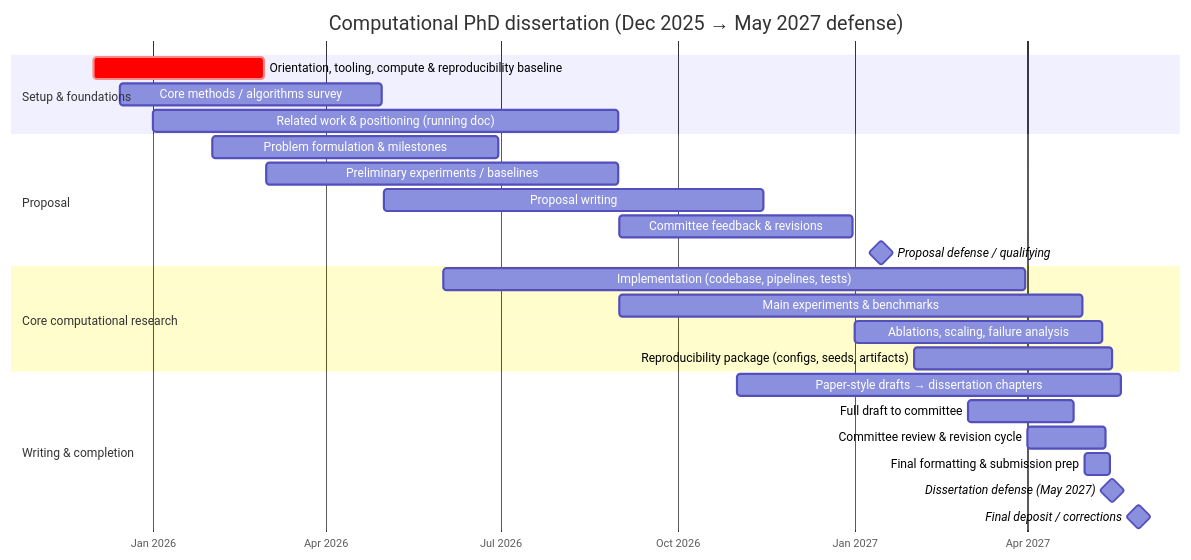
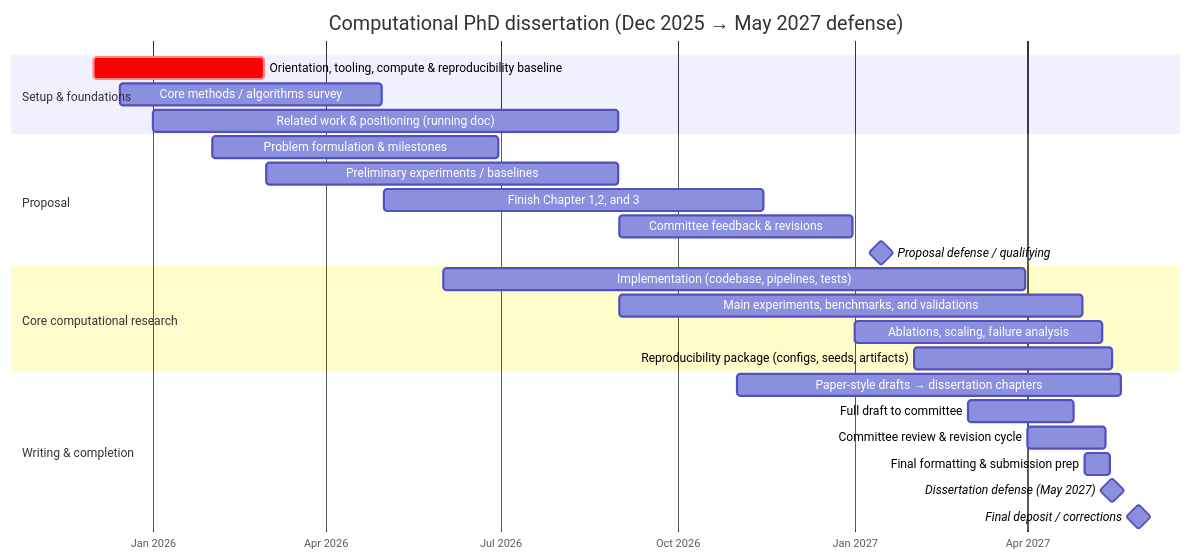
One commit to romxero/phd_research_project changed the diagram in README.md. Above: the diagram before and after it, drawn with Mermaid. The commit also changed 1 other file, not shown here.

Commit message:
makefile and readme

````diff
--- a/README.md
+++ b/README.md
@@ -23,32 +23,32 @@
 ```mermaid
 gantt
     title Computational PhD dissertation (Dec 2025 → May 2027 defense)
     dateFormat  YYYY-MM-DD
     axisFormat  %b %Y
 
     section Setup & foundations
     Orientation, tooling, compute & reproducibility baseline :crit, setup, 2025-12-01, 2026-02-28
     Core methods / algorithms survey                       :methods, 2025-12-15, 2026-04-30
     Related work & positioning (running doc)             :related, 2026-01-01, 2026-08-31
 
     section Proposal
     Problem formulation & milestones                     :prob, 2026-02-01, 2026-06-30
     Preliminary experiments / baselines                  :prelim, 2026-03-01, 2026-08-31
-    Proposal writing                                     :propwrite, 2026-05-01, 2026-11-15
+    Finish Chapter 1,2, and 3                            :propwrite, 2026-05-01, 2026-11-15
     Committee feedback & revisions                       :proprev, 2026-09-01, 2026-12-31
     Proposal defense / qualifying                        :milestone, propdef, 2027-01-15, 0d
 
     section Core computational research
     Implementation (codebase, pipelines, tests)          :impl, 2026-06-01, 2027-03-31
-    Main experiments & benchmarks                        :exps, 2026-09-01, 2027-04-30
+    Main experiments, benchmarks, and validations   :exps, 2026-09-01, 2027-04-30
     Ablations, scaling, failure analysis                 :ablate, 2027-01-01, 2027-05-10
     Reproducibility package (configs, seeds, artifacts)  :repro, 2027-02-01, 2027-05-15
 
     section Writing & completion
     Paper-style drafts → dissertation chapters           :papers, 2026-11-01, 2027-05-20
     Full draft to committee                              :fulldraft, 2027-03-01, 2027-04-25
     Committee review & revision cycle                    :rev, 2027-04-01, 2027-05-12
     Final formatting & submission prep                   :final, 2027-05-01, 2027-05-14
     Dissertation defense (May 2027)                      :milestone, defense, 2027-05-15, 0d
     Final deposit / corrections                          :milestone, deposit, 2027-05-29, 0d
 ```
````
